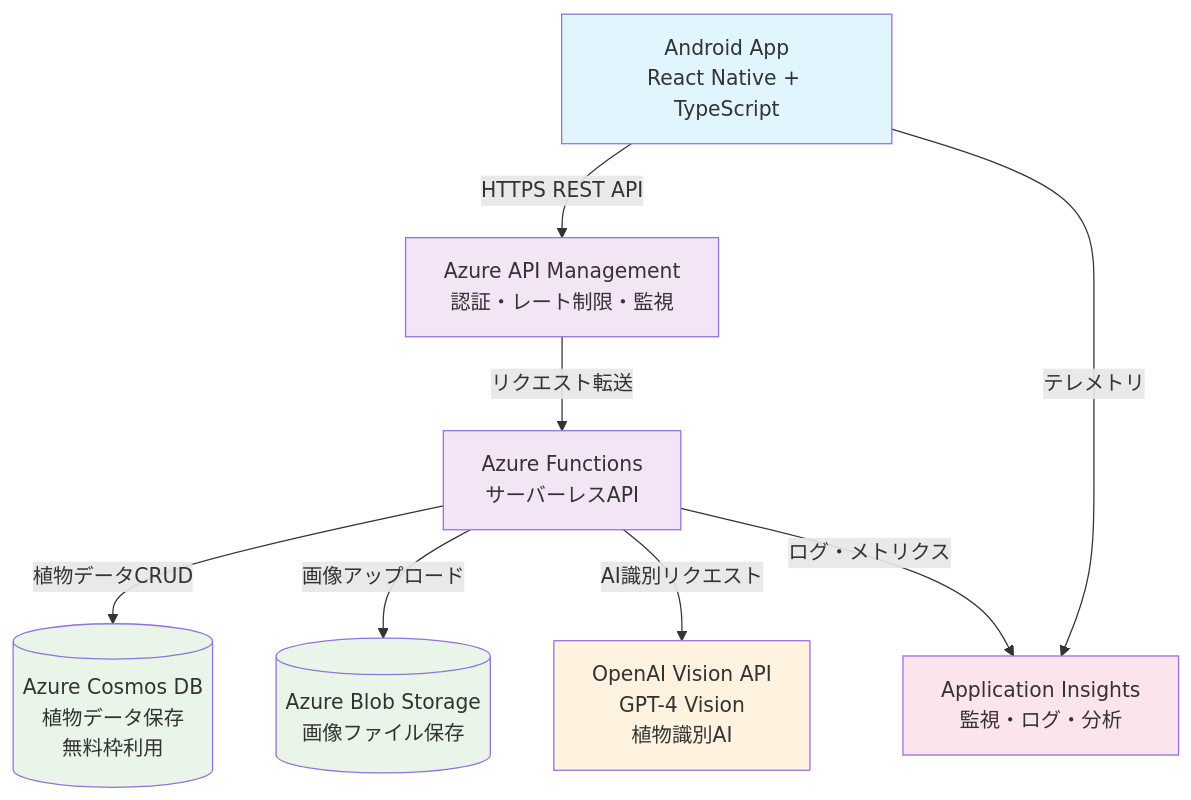
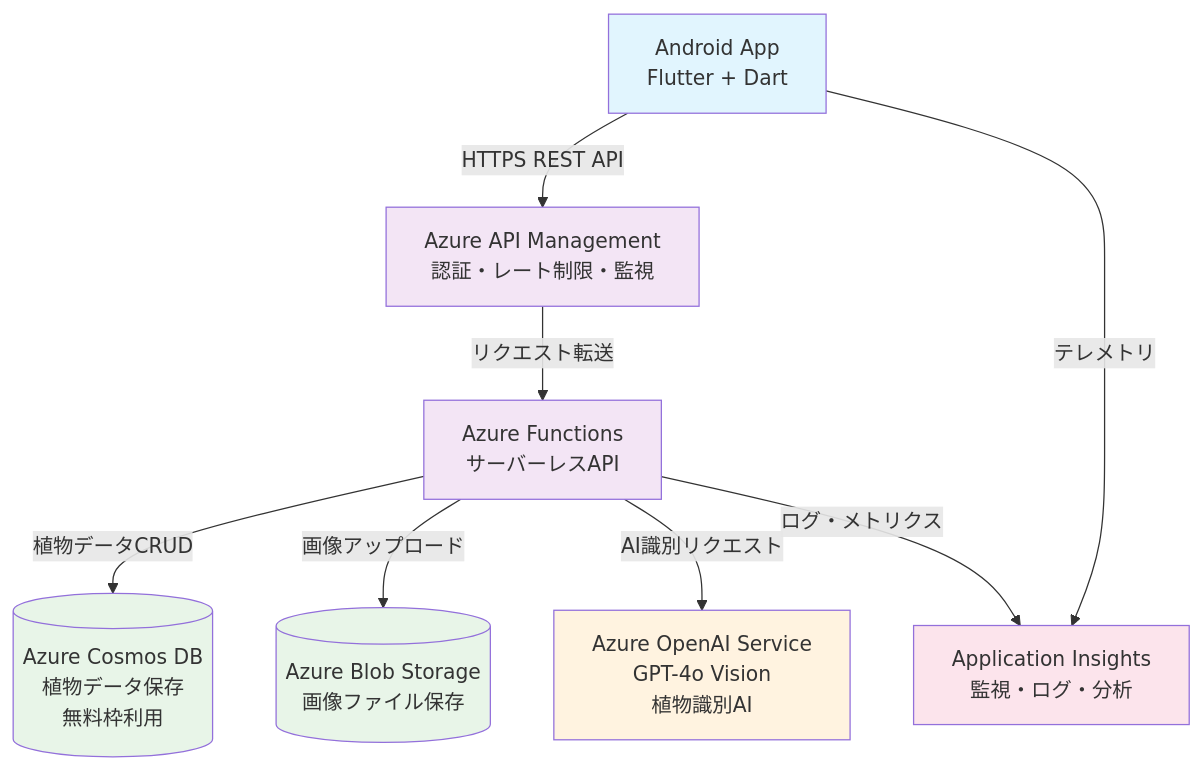
One commit to nmasashi/snaplant changed the diagram in docs/05_technology_selection.md. Above: the diagram before and after it, drawn with Mermaid. The commit also changed other lines of this file and 2 other files, not shown here.

First line of the commit message:
Update documentation for Flutter frontend development

````diff
--- a/docs/05_technology_selection.md
+++ b/docs/05_technology_selection.md
@@ -9,45 +9,45 @@
 ```mermaid
 graph TB
     %% Frontend
-    App[Android App<br/>React Native + TypeScript]
+    App[Android App<br/>Flutter + Dart]
     
     %% API Gateway
     APIM[Azure API Management<br/>認証・レート制限・監視]
     
     %% Backend Services
     Functions[Azure Functions<br/>サーバーレスAPI]
     
     %% Data Storage
     CosmosDB[(Azure Cosmos DB<br/>植物データ保存<br/>無料枠利用)]
     BlobStorage[(Azure Blob Storage<br/>画像ファイル保存)]
     
     %% AI Services
-    OpenAIVision[OpenAI Vision API<br/>GPT-4 Vision<br/>植物識別AI]
+    OpenAIVision[Azure OpenAI Service<br/>GPT-4o Vision<br/>植物識別AI]
     
     %% Monitoring
     AppInsights[Application Insights<br/>監視・ログ・分析]
     
     %% Connections
     App -->|HTTPS REST API| APIM
     APIM -->|リクエスト転送| Functions
     
     Functions -->|植物データCRUD| CosmosDB
     Functions -->|画像アップロード| BlobStorage
     Functions -->|AI識別リクエスト| OpenAIVision
     
     Functions -->|ログ・メトリクス| AppInsights
     App -->|テレメトリ| AppInsights
     
     %% Styling
     classDef frontend fill:#e1f5fe
     classDef backend fill:#f3e5f5
     classDef storage fill:#e8f5e8
     classDef ai fill:#fff3e0
     classDef monitoring fill:#fce4ec
     
     class App frontend
     class APIM,Functions backend
     class CosmosDB,BlobStorage storage
     class OpenAIVision ai
     class AppInsights monitoring
 ```
````
